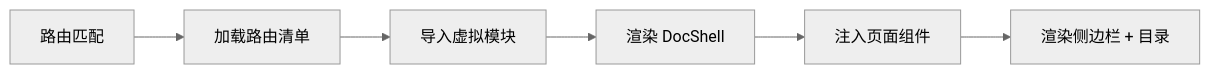
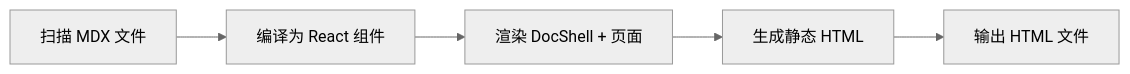
Before and after one commit to taicode-labs/clarify: the diagram in design/core.zh-CN.md, drawn with Mermaid (neutral theme). The commit also changed other lines of this file and 4 other files, not shown here.

````diff
--- a/design/core.zh-CN.md
+++ b/design/core.zh-CN.md
@@ -105,8 +106,7 @@
 ```mermaid
 graph LR
-    A[路由匹配] --> B[加载路由清单]
-    B --> C[导入虚拟模块]
-    C --> D[渲染 DocShell]
-    D --> E[注入页面组件]
-    E --> F[渲染侧边栏 + 目录]
+    A[扫描 MDX 文件] --> B[编译为 React 组件]
+    B --> C[渲染 DocShell + 页面]
+    C --> D[生成静态 HTML]
+    D --> E[输出 HTML 文件]
 ```
````
